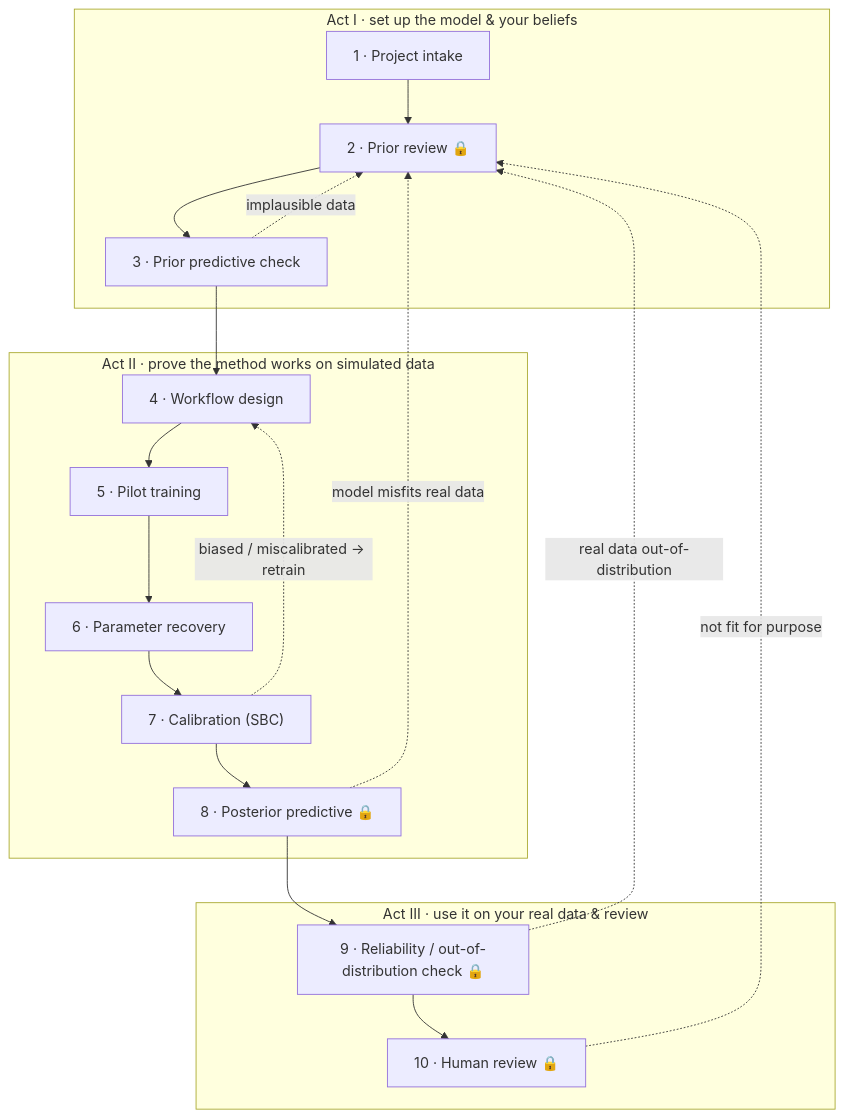
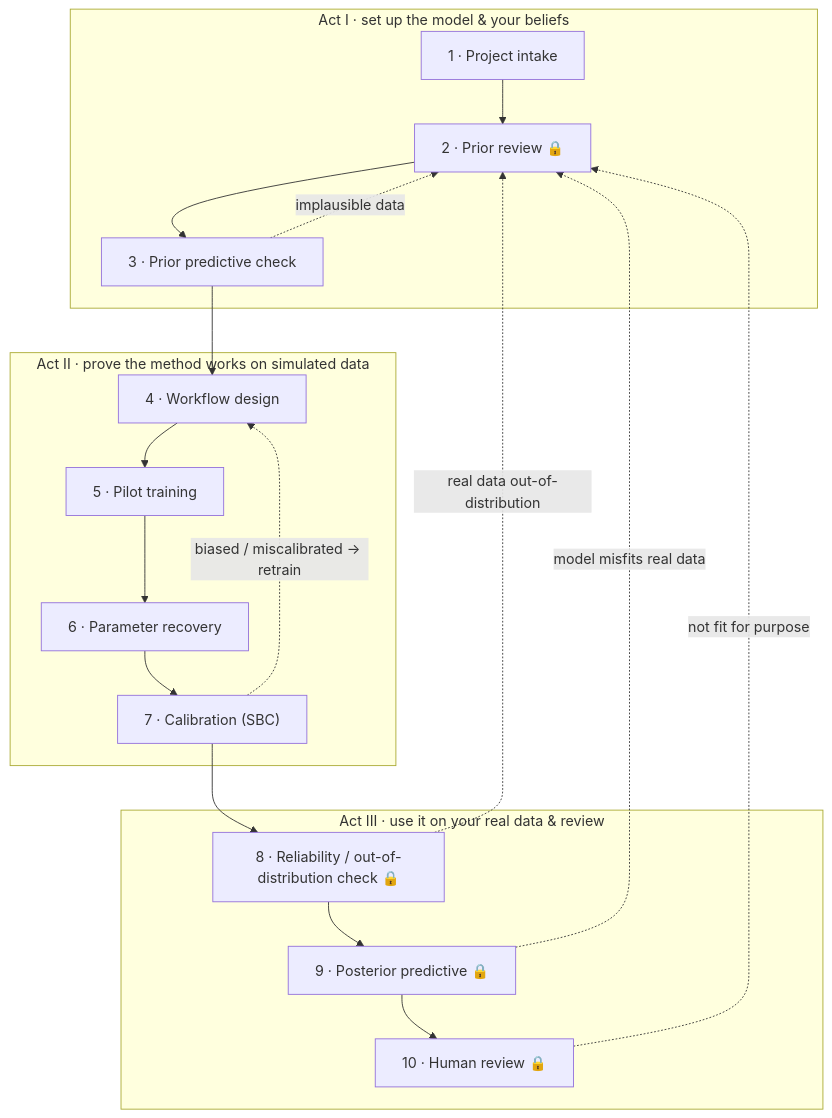
One commit to idem-lab/bayesflow-sbi-agent-kit changed the diagram in README.md. Above: the diagram before and after it, drawn with Mermaid. The commit also changed other lines of this file and 9 other files, not shown here.

Commit message:
add data check skills; rewrite wrokflow to put check on posterior reliability before posterior predictive check

````diff
--- a/README.md
+++ b/README.md
@@ -58,21 +65,21 @@
 ```mermaid
 flowchart TD
     subgraph ActI["Act I · set up the model &amp; your beliefs"]
         S1["1 · Project intake"] --> S2["2 · Prior review 🔒"] --> S3["3 · Prior predictive check"]
     end
     subgraph ActII["Act II · prove the method works on simulated data"]
-        S4["4 · Workflow design"] --> S5["5 · Pilot training"] --> S6["6 · Parameter recovery"] --> S7["7 · Calibration #40;SBC#41;"] --> S8["8 · Posterior predictive 🔒"]
+        S4["4 · Workflow design"] --> S5["5 · Pilot training"] --> S6["6 · Parameter recovery"] --> S7["7 · Calibration #40;SBC#41;"]
     end
     subgraph ActIII["Act III · use it on your real data &amp; review"]
-        S9["9 · Reliability / out-of-distribution check 🔒"] --> S10["10 · Human review 🔒"]
+        S8["8 · Reliability / out-of-distribution check 🔒"] --> S9["9 · Posterior predictive 🔒"] --> S10["10 · Human review 🔒"]
     end
 
     S3 --> S4
-    S8 --> S9
+    S7 --> S8
 
     S3 -.->|implausible data| S2
     S7 -.->|biased / miscalibrated → retrain| S4
-    S8 -.->|model misfits real data| S2
-    S9 -.->|real data out-of-distribution| S2
+    S8 -.->|real data out-of-distribution| S2
+    S9 -.->|model misfits real data| S2
     S10 -.->|not fit for purpose| S2
 ```
````
